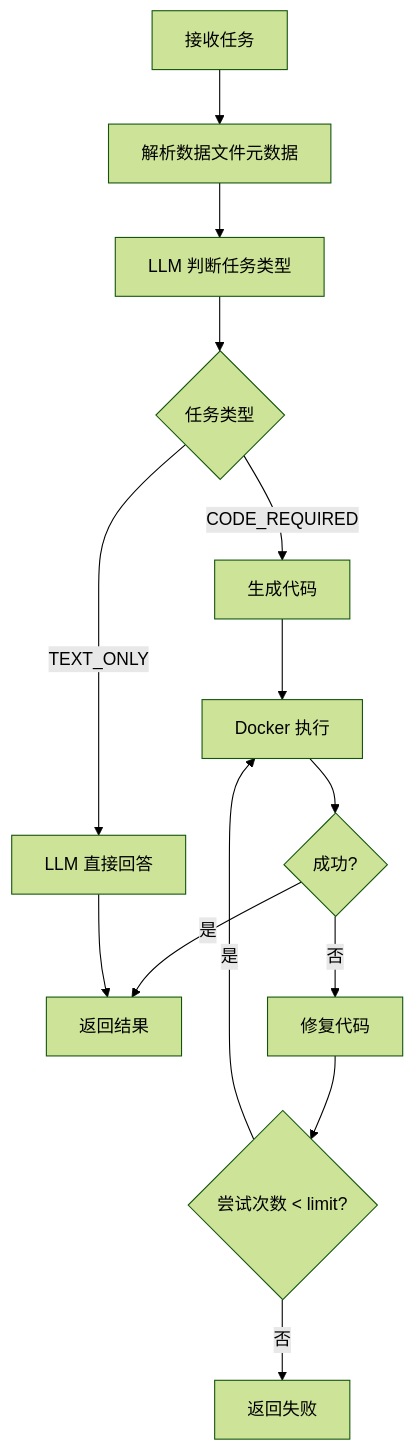
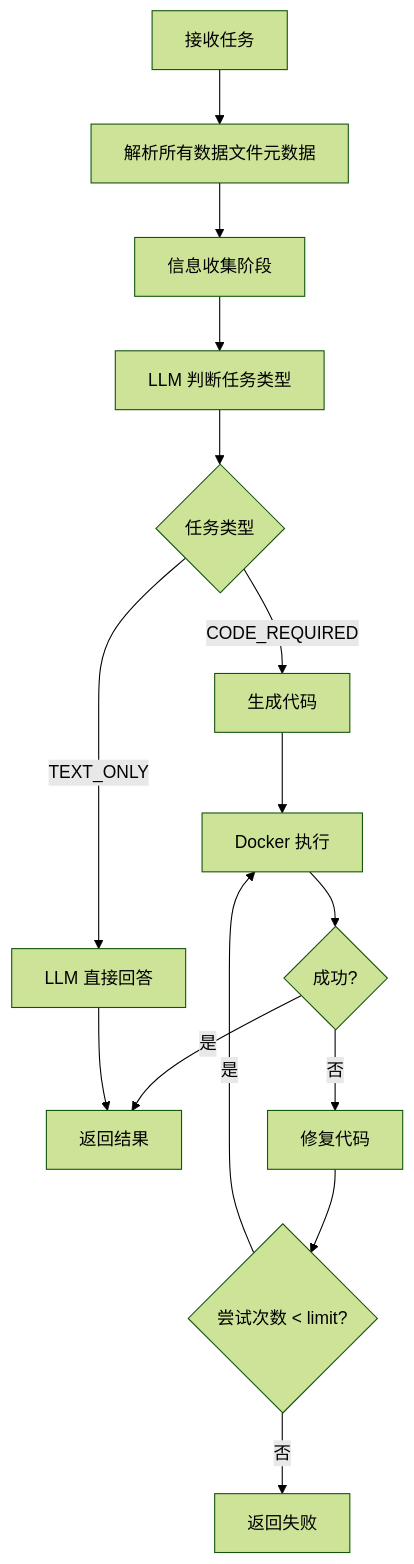
Before and after one commit to Org-GAgent/result-interpreter: the third of 6 diagrams in app/services/interpreter/docs/interpreter_workflow.md, drawn with Mermaid (forest theme). The commit also changed other lines of this file and 19 other files, not shown here.

````diff
--- a/app/services/interpreter/docs/interpreter_workflow.md
+++ b/app/services/interpreter/docs/interpreter_workflow.md
@@ -127,18 +151,19 @@
 ```mermaid
 flowchart TD
-    A[接收任务] --> B[解析数据文件元数据]
-    B --> C[LLM 判断任务类型]
-    C --> D{任务类型}
+    A[接收任务] --> B[解析所有数据文件元数据]
+    B --> C[信息收集阶段]
+    C --> D[LLM 判断任务类型]
+    D --> E{任务类型}
     
-    D -->|CODE_REQUIRED| E[生成代码]
-    E --> F[Docker 执行]
-    F --> G{成功?}
-    G -->|是| H[返回结果]
-    G -->|否| I[修复代码]
-    I --> J{尝试次数 < limit?}
-    J -->|是| F
-    J -->|否| K[返回失败]
+    E -->|CODE_REQUIRED| F[生成代码]
+    F --> G[Docker 执行]
+    G --> H{成功?}
+    H -->|是| I[返回结果]
+    H -->|否| J[修复代码]
+    J --> K{尝试次数 < limit?}
+    K -->|是| G
+    K -->|否| L[返回失败]
     
-    D -->|TEXT_ONLY| L[LLM 直接回答]
-    L --> H
+    E -->|TEXT_ONLY| M[LLM 直接回答]
+    M --> I
 ```
````
